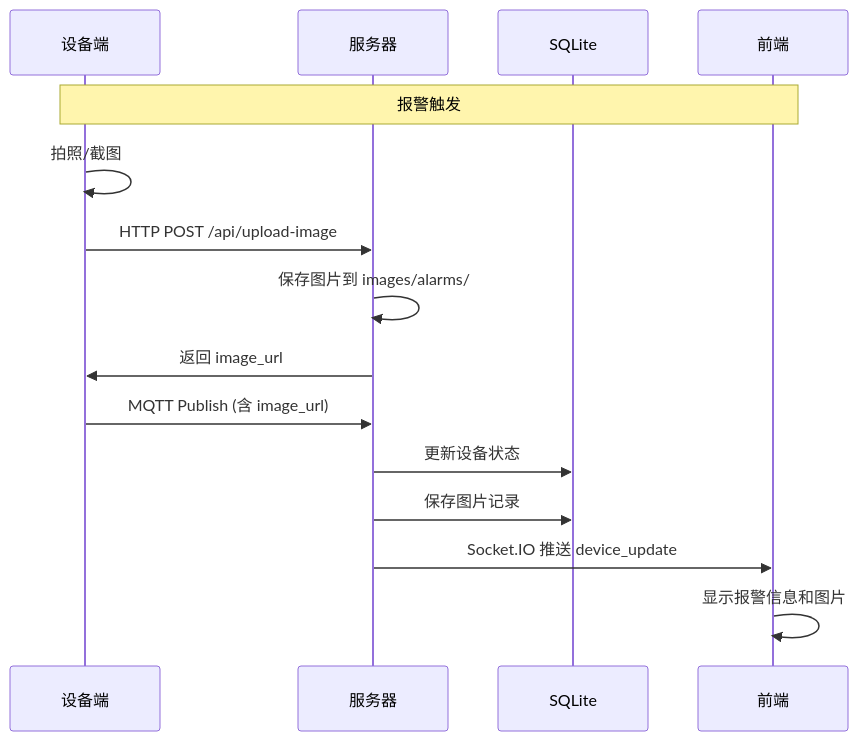
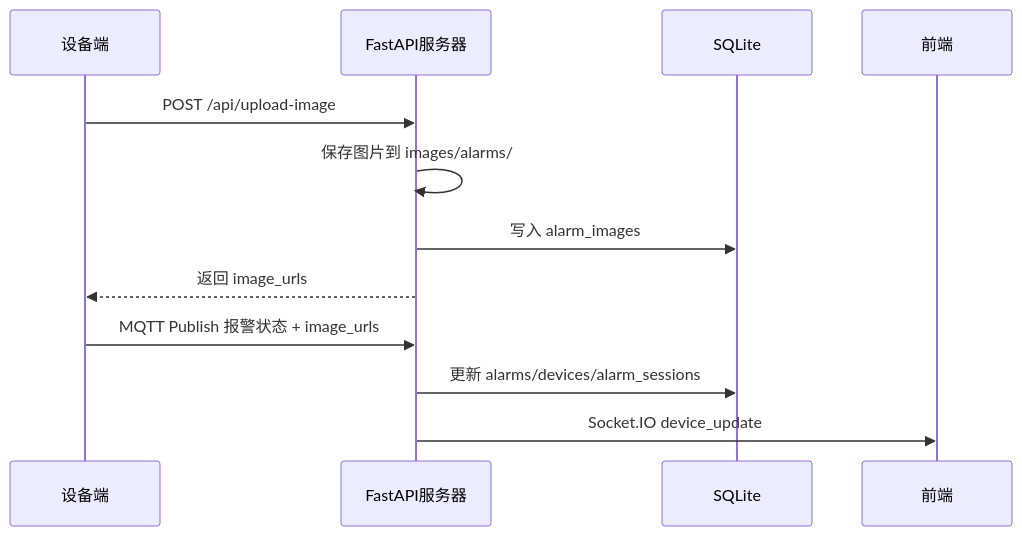
Before and after one commit to HaoxiangXia/Intelli-Shield: the diagram in cloud/docs/image-upload-guide.md, drawn with Mermaid. The commit also changed other lines of this file and 3 other files, not shown here.

````diff
--- a/cloud/docs/image-upload-guide.md
+++ b/cloud/docs/image-upload-guide.md
@@ -95,19 +7,15 @@
 ```mermaid
 sequenceDiagram
     participant D as 设备端
-    participant S as 服务器
+    participant S as FastAPI服务器
     participant DB as SQLite
     participant FE as 前端
 
-    Note over D,FE: 报警触发
-    D->>D: 拍照/截图
-    D->>S: HTTP POST /api/upload-image
+    D->>S: POST /api/upload-image
     S->>S: 保存图片到 images/alarms/
-    S->>D: 返回 image_url
-    
-    D->>S: MQTT Publish (含 image_url)
-    S->>DB: 更新设备状态
-    S->>DB: 保存图片记录
-    S->>FE: Socket.IO 推送 device_update
-    FE->>FE: 显示报警信息和图片
+    S->>DB: 写入 alarm_images
+    S-->>D: 返回 image_urls
+    D->>S: MQTT Publish 报警状态 + image_urls
+    S->>DB: 更新 alarms/devices/alarm_sessions
+    S->>FE: Socket.IO device_update
 ```
````
